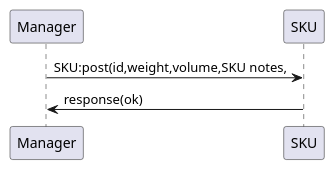
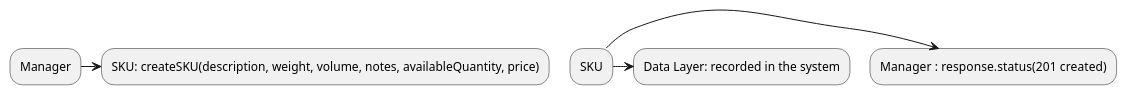
The second of 5 diagrams in DesignDocument.md (robsanity/JavascriptBackEndProjectAndTesting), drawn with PlantUML before and after one commit. The commit also changed other lines of this file, not shown here.

````diff
--- a/DesignDocument.md
+++ b/DesignDocument.md
@@ -246,4 +246,5 @@
 ```plantuml
-Manager -> SKU: SKU:post(id,weight,volume,SKU notes,
-SKU ->Manager  : response(ok)
+Manager -> SKU: createSKU(description, weight, volume, notes, availableQuantity, price)
+SKU ->Manager  : response.status(201 created)
+SKU ->Data Layer: recorded in the system 
 ```
````
